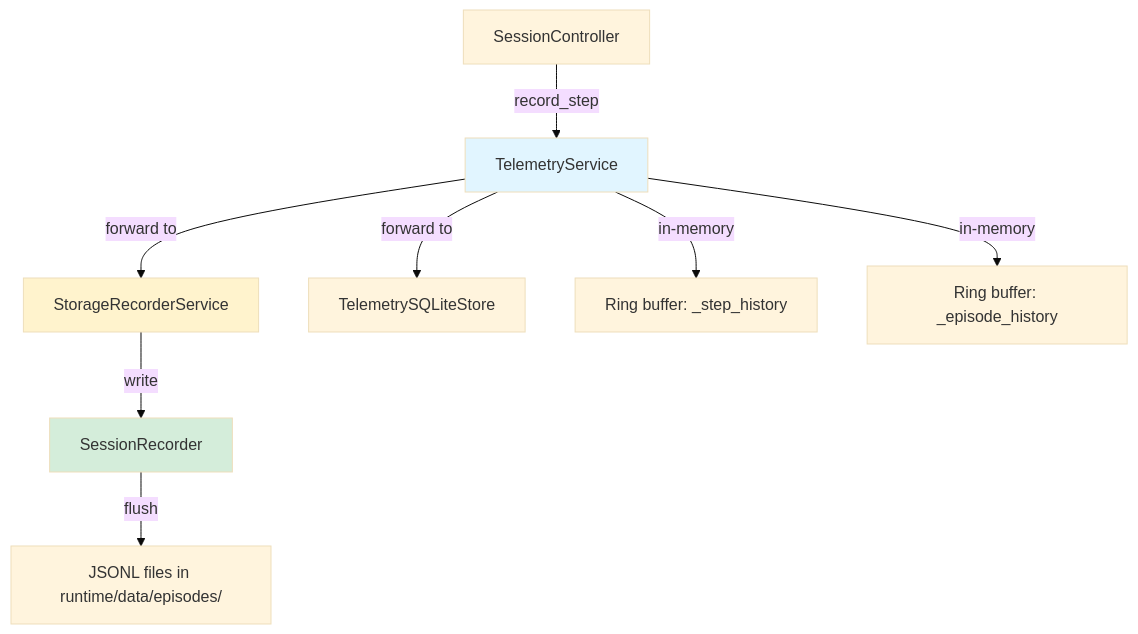
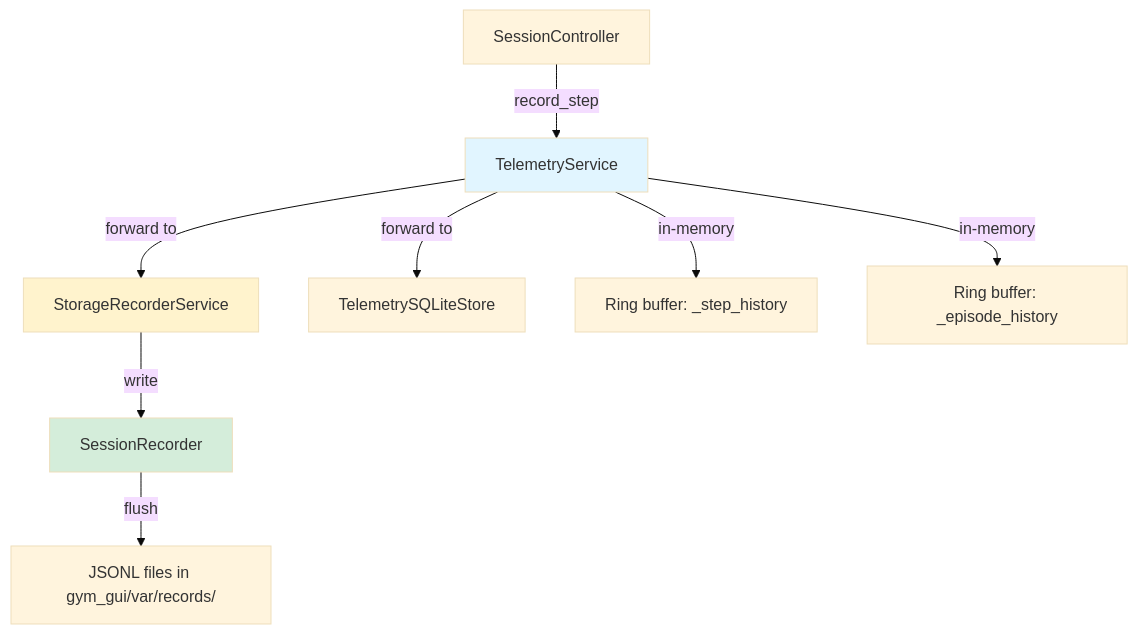
Before and after one commit to Abdulhamid97Mousa/mosaic: the ninth of 10 diagrams in 1.0_DAY_5_CURRENT_DESIGN_PROGRESS.md, drawn with Mermaid (base theme). The commit also changed other lines of this file and 27 other files, not shown here.

````diff
--- a/1.0_DAY_5_CURRENT_DESIGN_PROGRESS.md
+++ b/1.0_DAY_5_CURRENT_DESIGN_PROGRESS.md
@@ -674,14 +678,14 @@
 ```mermaid
 flowchart TD
     A[SessionController] -->|record_step| B[TelemetryService]
     B -->|forward to| C[StorageRecorderService]
     B -->|forward to| D[TelemetrySQLiteStore]
     C -->|write| E[SessionRecorder]
-    E -->|flush| F["JSONL files in runtime/data/episodes/"]
+    E -->|flush| F["JSONL files in gym_gui/var/records/"]
     B -->|in-memory| G["Ring buffer: _step_history"]
     B -->|in-memory| H["Ring buffer: _episode_history"]
     
     style B fill:#e1f5ff
     style C fill:#fff3cd
     style E fill:#d4edda
 ```
````
